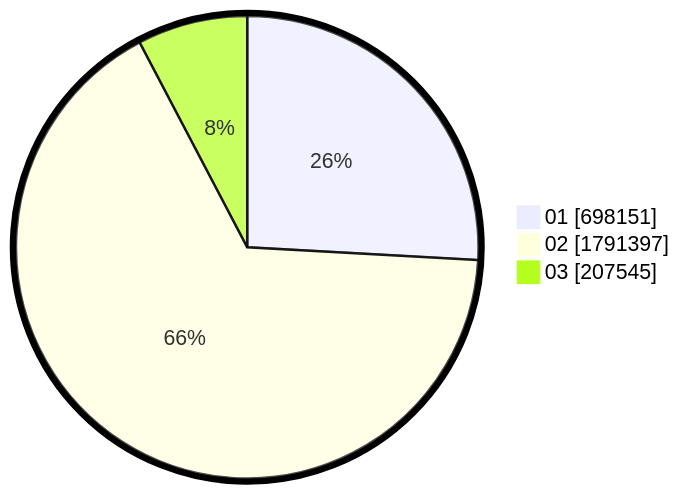
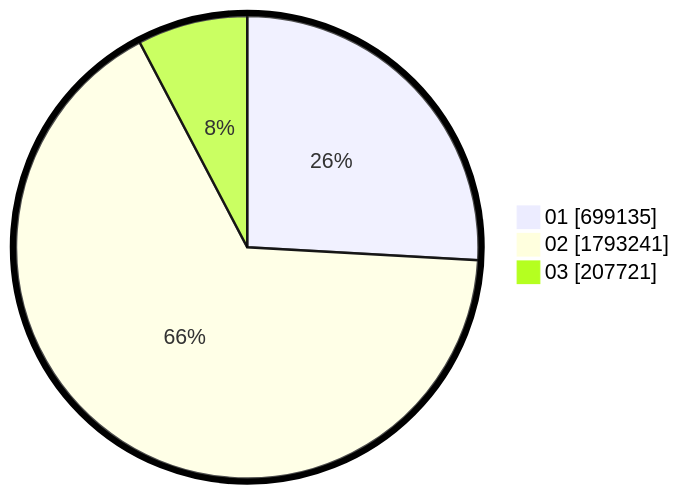
The second of 2 diagrams in pilpres/hitung-suara/sub/table-wilayah-52.md (gigit-pemilu/pemilu-2024), drawn with Mermaid before and after one commit. The commit also changed other lines of this file and 7 other files, not shown here.

````diff
--- a/pilpres/hitung-suara/sub/table-wilayah-52.md
+++ b/pilpres/hitung-suara/sub/table-wilayah-52.md
@@ -15,7 +15,7 @@
 ```mermaid
 %%{init: {"pie": {"textPosition": 0.5}, "themeVariables": {"pieOuterStrokeWidth": "5px"}} }%%
 pie showData
-    "01" : 698151
-    "02" : 1791397
-    "03" : 207545
+    "01" : 699135
+    "02" : 1793241
+    "03" : 207721
 ```
````
